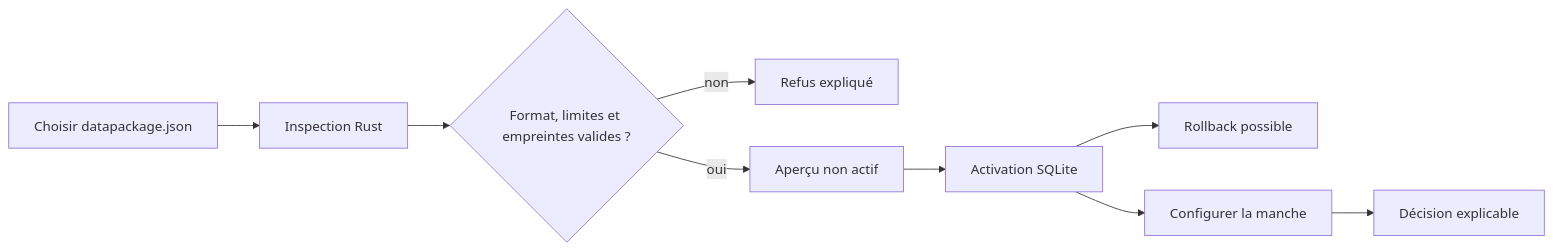
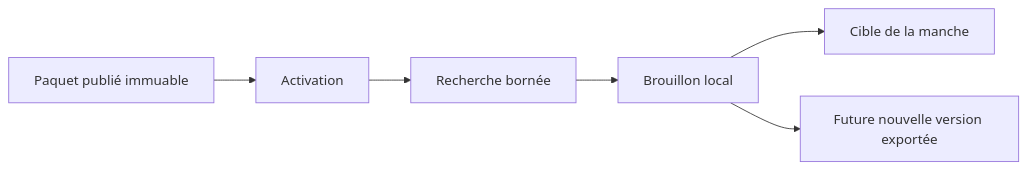
Before and after one commit to W-D0n/semantic-engine: the diagram in docs/product/portable-desktop.md, drawn with Mermaid. The commit also changed other lines of this file and 28 other files, not shown here.

````diff
--- a/docs/product/portable-desktop.md
+++ b/docs/product/portable-desktop.md
@@ -54,11 +79,8 @@
 ```mermaid
 flowchart LR
-    P["Choisir datapackage.json"] --> I["Inspection Rust"]
-    I --> V{"Format, limites et empreintes valides ?"}
-    V -- non --> R["Refus expliqué"]
-    V -- oui --> A["Aperçu non actif"]
-    A --> T["Activation SQLite"]
-    T --> B["Rollback possible"]
-    T --> C["Configurer la manche"]
-    C --> D["Décision explicable"]
+    P["Paquet publié immuable"] --> A["Activation"]
+    A --> S["Recherche bornée"]
+    S --> D["Brouillon local"]
+    D --> R["Cible de la manche"]
+    D --> X["Future nouvelle version exportée"]
 ```
````
